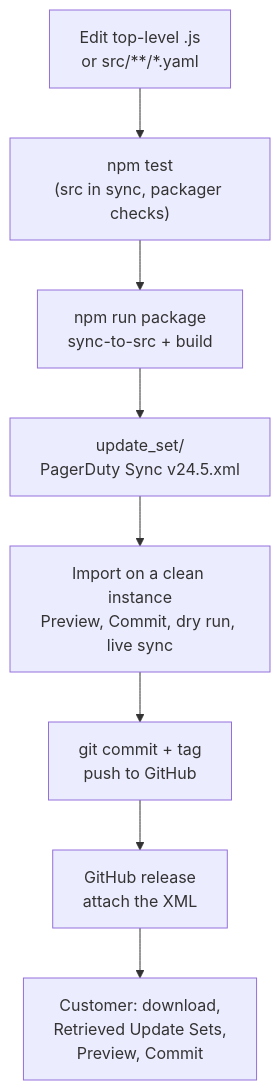
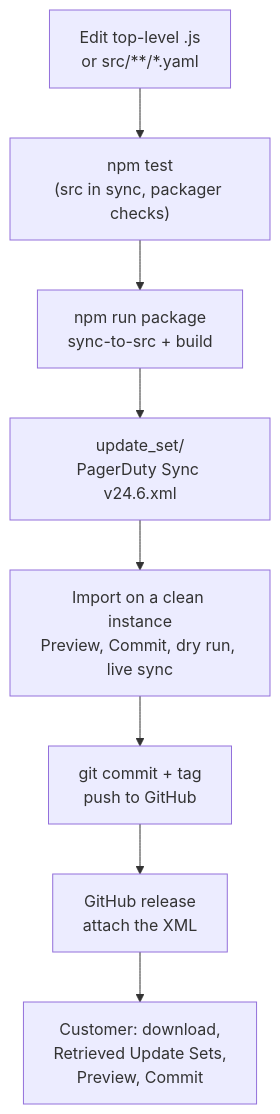
The fifth of 5 diagrams in README.md (martindstone/snow-rota-sync), drawn with Mermaid before and after one commit. The commit also changed other lines of this file and 5 other files, not shown here.

````diff
--- a/README.md
+++ b/README.md
@@ -360,10 +360,10 @@
 ```mermaid
 flowchart TB
   A["Edit top-level .js<br/>or src/**/*.yaml"] --> B["npm test<br/>(src in sync, packager checks)"]
   B --> C["npm run package<br/>sync-to-src + build"]
-  C --> D["update_set/<br/>PagerDuty Sync v24.5.xml"]
+  C --> D["update_set/<br/>PagerDuty Sync v24.6.xml"]
   D --> E["Import on a clean instance<br/>Preview, Commit, dry run, live sync"]
   E --> F["git commit + tag<br/>push to GitHub"]
   F --> G["GitHub release<br/>attach the XML"]
   G --> H["Customer: download,<br/>Retrieved Update Sets,<br/>Preview, Commit"]
 ```
````
